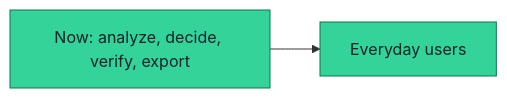
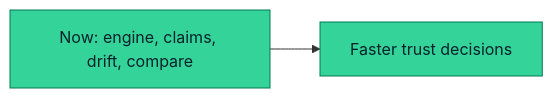
Before and after one commit to aniruddhaadak80/truthlens: the seventh of 9 diagrams in README.md, drawn with Mermaid. The commit also changed other lines of this file and 28 other files, not shown here.

First line of the commit message:
Engine v2026.2.0: caption-aware scoring, claim ledger, drift, and comparison

````diff
--- a/README.md
+++ b/README.md
@@ -302,6 +331,6 @@
 ```mermaid
 graph LR
-  NOW[Now: analyze, decide, verify, export] --> USERS[Everyday users]
+  NOW[Now: engine, claims, drift, compare] --> DECIDE[Faster trust decisions]
   classDef agent fill:#34d399,stroke:#047857,color:#06222a
-  class NOW,USERS agent
+  class NOW,DECIDE agent
 ```
````
